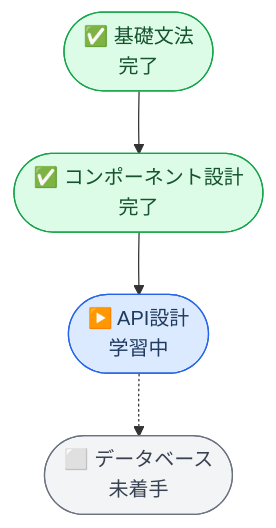
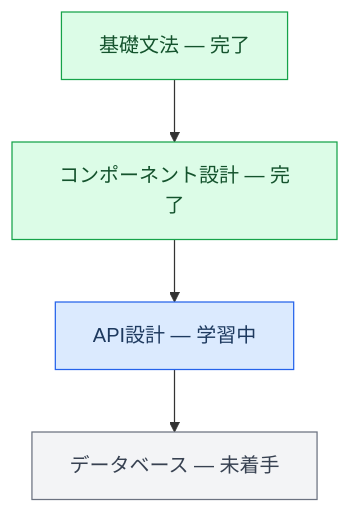
The third of 4 diagrams in articles/custom-learning-roadmap.md (Yucco-K/tech-blog-1), drawn with Mermaid before and after one commit. The commit also changed other lines of this file, not shown here.

First line of the commit message:
feat: ロードマップ記事のtext図をMermaidに置き換え

````diff
--- a/articles/custom-learning-roadmap.md
+++ b/articles/custom-learning-roadmap.md
@@ -130,13 +130,13 @@
 ```mermaid
 flowchart TD
-  A(["✅ 基礎文法<br/>完了"]) --> B(["✅ コンポーネント設計<br/>完了"])
-  B --> C(["▶️ API設計<br/>学習中"])
-  C -.-> D(["⬜ データベース<br/>未着手"])
+  A[基礎文法 — 完了] --> B[コンポーネント設計 — 完了]
+  B --> C[API設計 — 学習中]
+  C --> D[データベース — 未着手]
 
   classDef green fill:#dcfce7,stroke:#16a34a,color:#14532d
   classDef blue fill:#dbeafe,stroke:#2563eb,color:#1e3a5f
   classDef gray fill:#f3f4f6,stroke:#6b7280,color:#374151
   class A,B green
   class C blue
   class D gray
 ```
````
